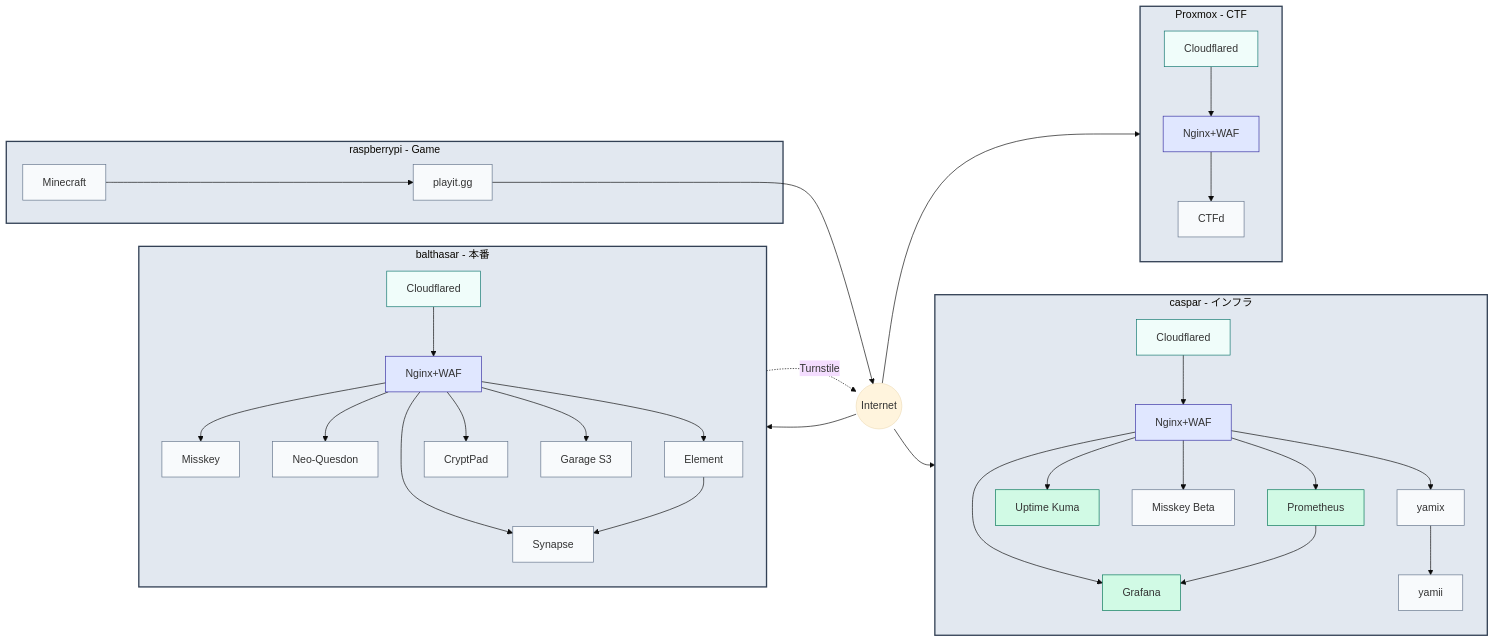
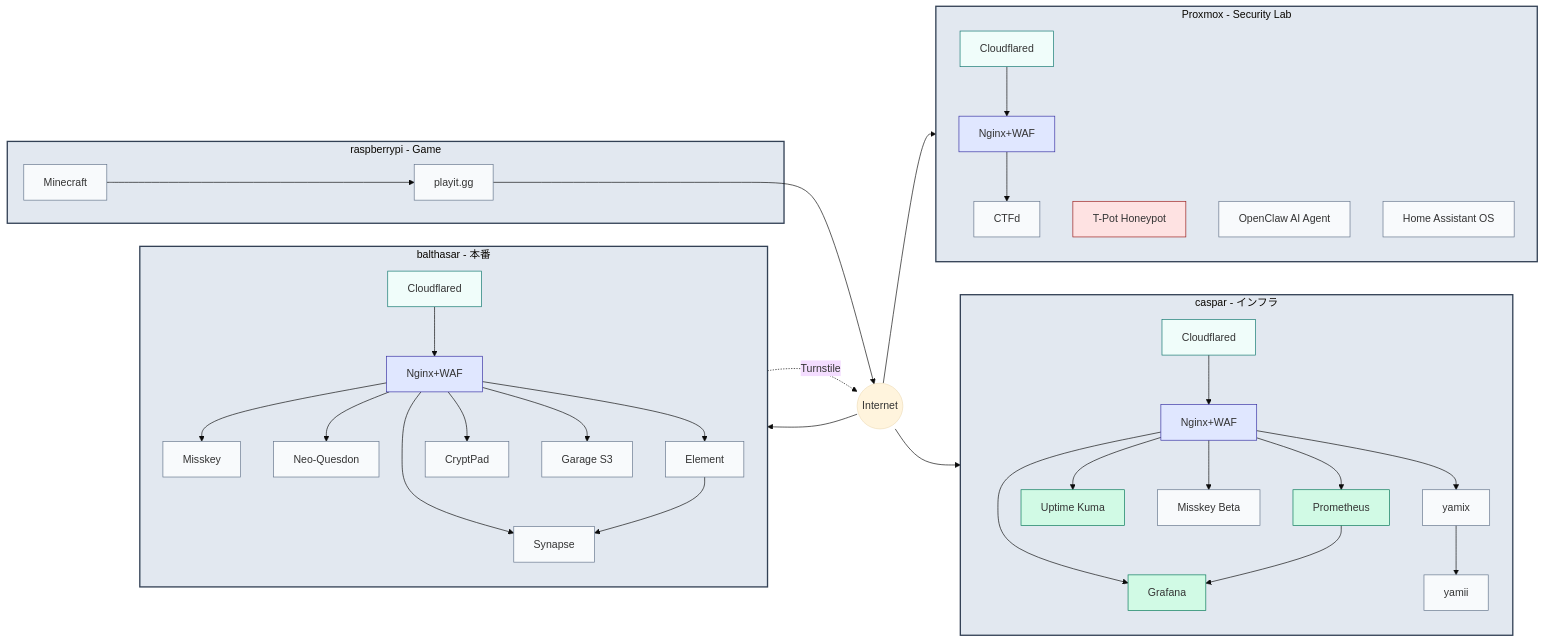
The first of 7 diagrams in README.md (yamisskey-dev/yamihost), drawn with Mermaid (base theme) before and after one commit. The commit also changed other lines of this file, not shown here.

First line of the commit message:
docs: Proxmox の T-Pot/OpenClaw/HAOS を構成図に反映

````diff
--- a/README.md
+++ b/README.md
@@ -5,54 +7,57 @@
 ```mermaid
 graph LR
     classDef server fill:#e2e8f0,stroke:#334155,stroke-width:2px
     classDef cf fill:#f0fdfa,stroke:#0f766e
     classDef proxy fill:#e0e7ff,stroke:#3730a3
     classDef sec fill:#fee2e2,stroke:#991b1b
     classDef mon fill:#d1fae5,stroke:#047857
     classDef svc fill:#f8fafc,stroke:#64748b
 
     internet((Internet))
 
     subgraph balthasar[balthasar - 本番]
         direction TB
         cf_b[Cloudflared]:::cf --> nginx_b[Nginx+WAF]:::proxy
 
         nginx_b --> misskey[Misskey]:::svc
         nginx_b --> neoquesdon[Neo-Quesdon]:::svc
         nginx_b --> synapse[Synapse]:::svc
         nginx_b --> element[Element]:::svc
         nginx_b --> cryptpad[CryptPad]:::svc
         nginx_b --> garage[Garage S3]:::svc
     end
 
     subgraph caspar[caspar - インフラ]
         direction TB
         cf_c[Cloudflared]:::cf --> nginx_c[Nginx+WAF]:::proxy
 
         nginx_c --> prometheus[Prometheus]:::mon
         nginx_c --> grafana[Grafana]:::mon
         nginx_c --> uptime[Uptime Kuma]:::mon
         nginx_c --> misskey_beta[Misskey Beta]:::svc
         nginx_c --> yamix[yamix]:::svc
         yamix --> yamii[yamii]:::svc
     end
 
     subgraph rpi[raspberrypi - Game]
         minecraft[Minecraft]:::svc --> playig[playit.gg]:::svc
     end
 
-    subgraph proxmox[Proxmox - CTF]
+    subgraph proxmox[Proxmox - Security Lab]
         direction TB
         cf_p[Cloudflared]:::cf --> nginx_p[Nginx+WAF]:::proxy
         nginx_p --> ctfd[CTFd]:::svc
+        tpot[T-Pot Honeypot]:::sec
+        openclaw[OpenClaw AI Agent]:::svc
+        haos[Home Assistant OS]:::svc
     end
 
     internet --> cf_b & cf_c & cf_p
     playig --> internet
 
     misskey -.->|Turnstile| internet
     element --> synapse
     prometheus --> grafana
 
     class balthasar,caspar,rpi,proxmox server
 ```
````
